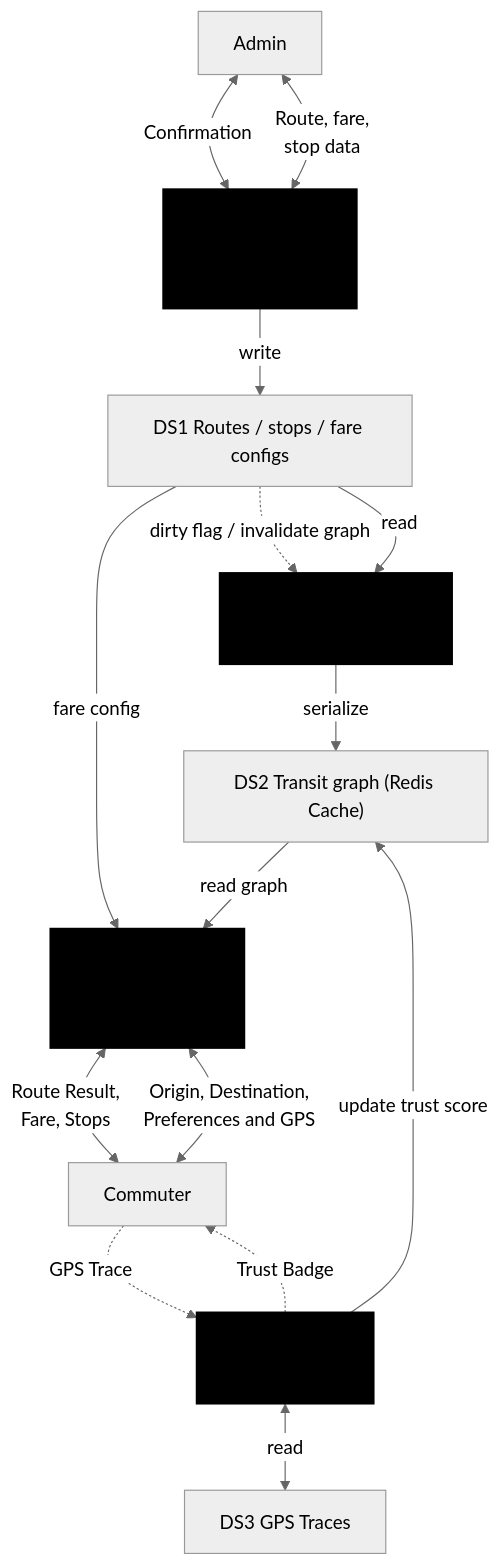
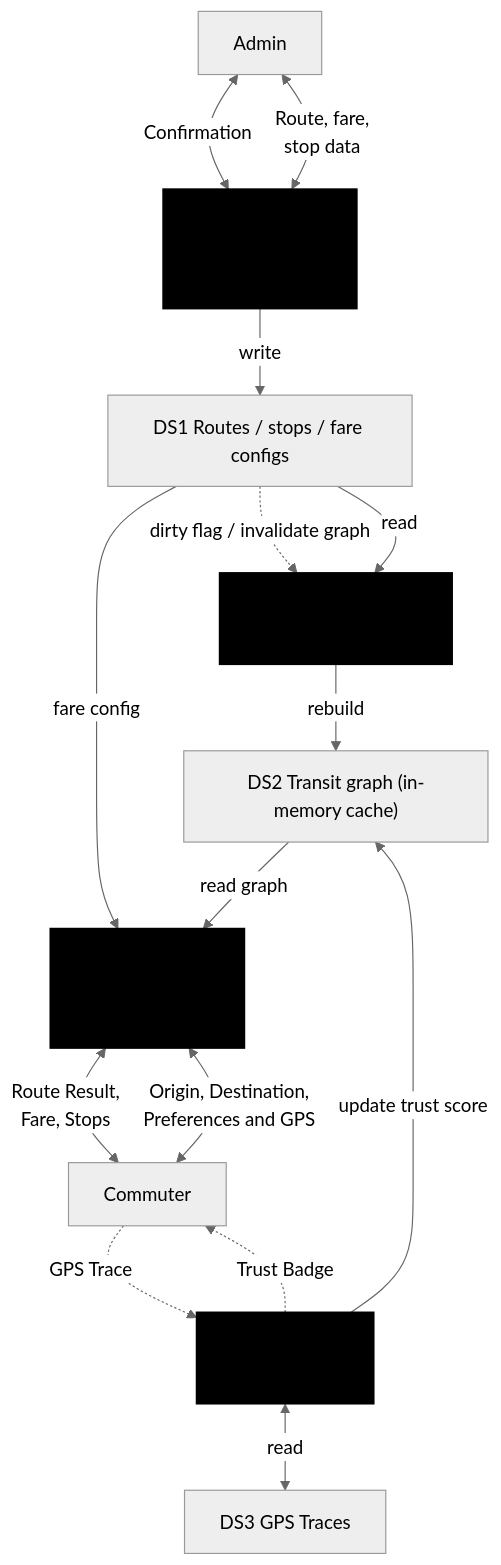
One commit to gjpgabayeron/komyuter changed the second of 2 diagrams in docs/thesis/CHAPTER3.md. Above: the diagram before and after it, drawn with Mermaid (neutral theme). The commit also changed other lines of this file and 1 other file, not shown here.

````diff
--- a/docs/thesis/CHAPTER3.md
+++ b/docs/thesis/CHAPTER3.md
@@ -82,51 +82,51 @@
 ```mermaid
 flowchart TD
     %% Actors
     Admin["Admin"]
     Commuter["Commuter"]
 
     %% Processes
     P1["P1<br>Route and Fare<br>Management"]
     P2["P2<br>Graph Construction"]
     P3["P3<br>Navigation and<br>Pathfinding"]
     P4["P4<br>Trust Scoring"]
 
     %% Data Stores
     DS1["DS1 Routes / stops / fare configs"]
-    DS2["DS2 Transit graph (Redis Cache)"]
+    DS2["DS2 Transit graph (in-memory cache)"]
     DS3["DS3 GPS Traces"]
 
     %% Connections - Admin to P1
     Admin <-->|"Confirmation"| P1
     P1 <-->|"Route, fare,<br>stop data"| Admin
 
     %% Connections - P1 to DS1
     P1 -->|"write"| DS1
     DS1 -.->|"dirty flag / invalidate graph"| P2
 
     %% Connections - DS1 to P2 and P3
     DS1 -->|"read"| P2
     DS1 -->|"fare config"| P3
 
     %% Connections - P2 to DS2
-    P2 -->|"serialize"| DS2
+    P2 -->|"rebuild"| DS2
 
     %% Connections - DS2 to P3
     DS2 -->|"read graph"| P3
 
     %% Connections - Commuter to P3
     Commuter <-->|"Origin, Destination,<br>Preferences and GPS"| P3
     P3 <-->|"Route Result,<br>Fare, Stops"| Commuter
 
     %% Connections - Commuter to P4
     Commuter -.->|"GPS Trace"| P4
     P4 -.->|"Trust Badge"| Commuter
 
     %% Connections - P4 to DS3 and DS2
     P4 <-->|"read"| DS3
     P4 -->|"update trust score"| DS2
 
     %% Styling to create the horizontal lines in P1-P4
     classDef process fill:#000000,stroke:#000,stroke-width:1.5,shape:stadium;
     class P1,P2,P3,P4 process;
 ```
````
